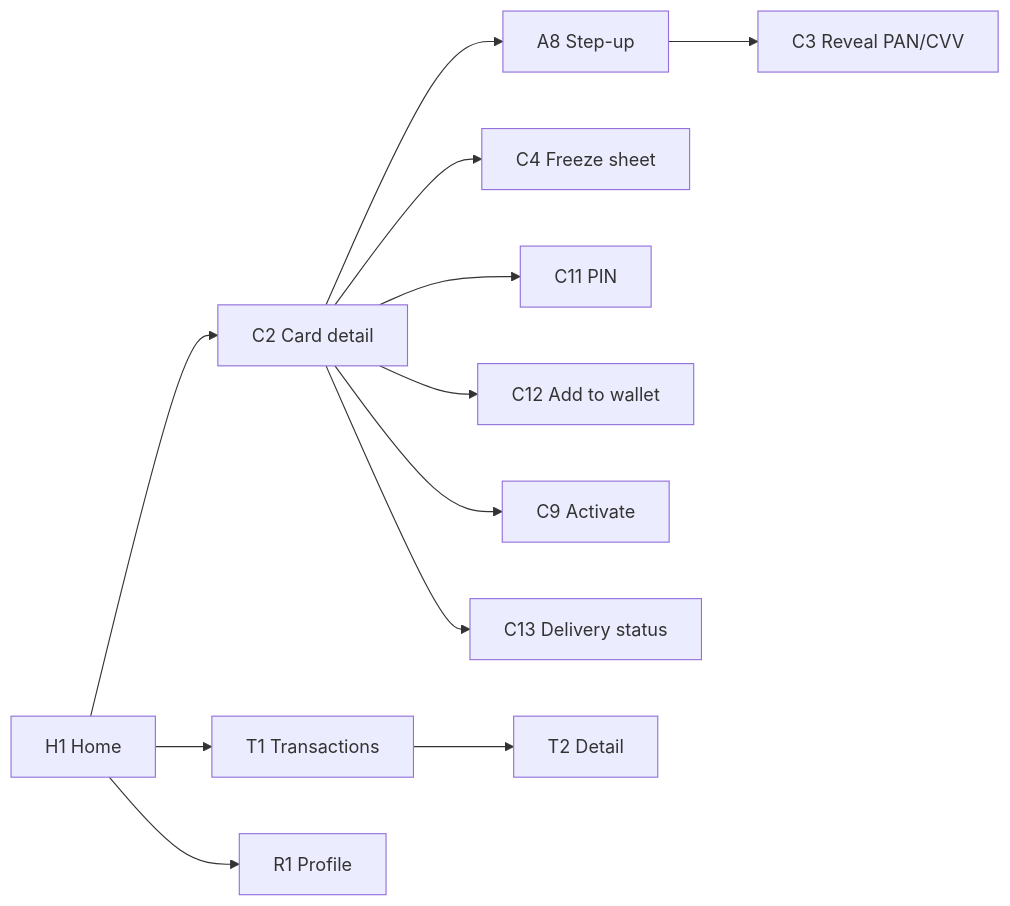
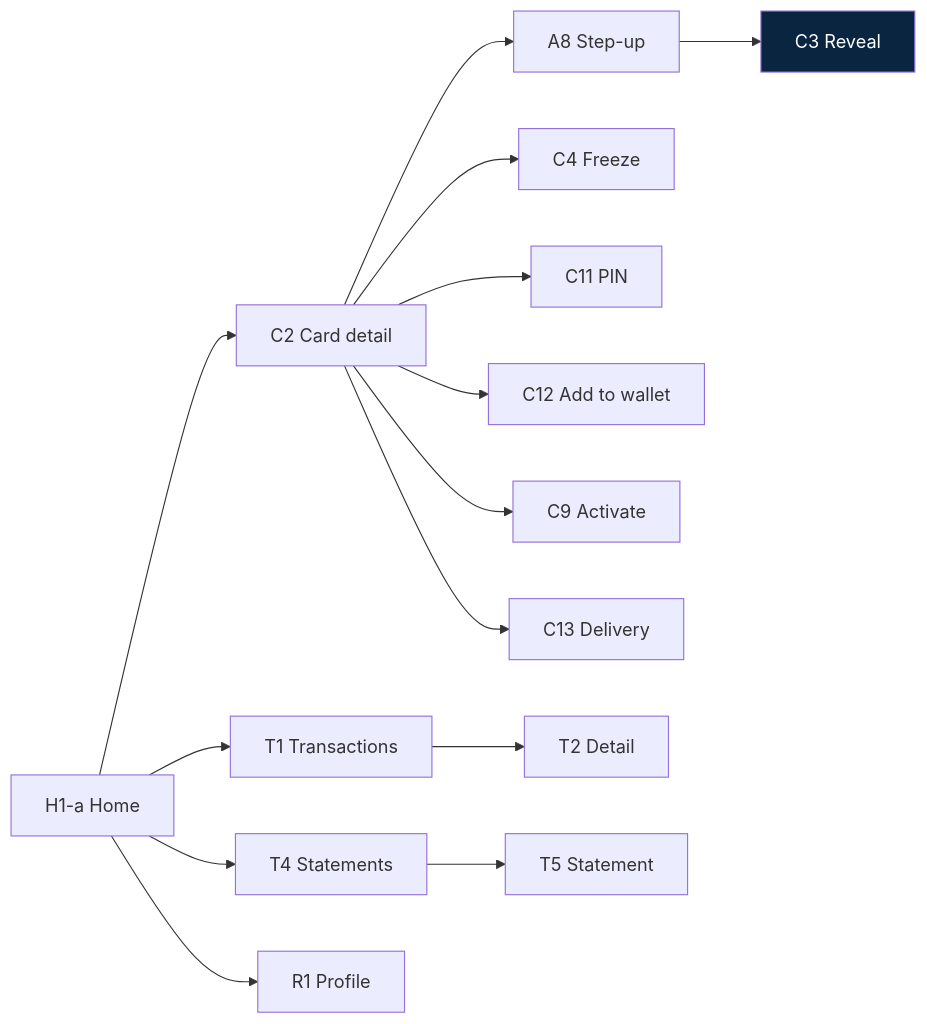
One commit to yr08ii/card-management-app changed the fourth of 10 diagrams in docs/Screens-and-flows.md. Above: the diagram before and after it, drawn with Mermaid. The commit also changed other lines of this file and 1 other file, not shown here.

First line of the commit message:
docs: reshape around Pismo object model; add partner card programs

````diff
--- a/docs/Screens-and-flows.md
+++ b/docs/Screens-and-flows.md
@@ -264,12 +298,15 @@
 ```mermaid
 flowchart LR
-    H1["H1 Home"] --> C2["C2 Card detail"]
-    C2 --> A8["A8 Step-up"] --> C3["C3 Reveal PAN/CVV"]
-    C2 --> C4["C4 Freeze sheet"]
+    H["H1-a Home"] --> C2["C2 Card detail"]
+    C2 --> A8["A8 Step-up"] --> C3["C3 Reveal"]
+    C2 --> C4["C4 Freeze"]
     C2 --> C11["C11 PIN"]
     C2 --> C12["C12 Add to wallet"]
     C2 --> C9["C9 Activate"]
-    C2 --> C13["C13 Delivery status"]
-    H1 --> T1["T1 Transactions"] --> T2["T2 Detail"]
-    H1 --> R1["R1 Profile"]
+    C2 --> C13["C13 Delivery"]
+    H --> T1["T1 Transactions"] --> T2["T2 Detail"]
+    H --> T4["T4 Statements"] --> T5["T5 Statement"]
+    H --> R1["R1 Profile"]
+
+    style C3 fill:#0A2540,color:#fff
 ```
````
